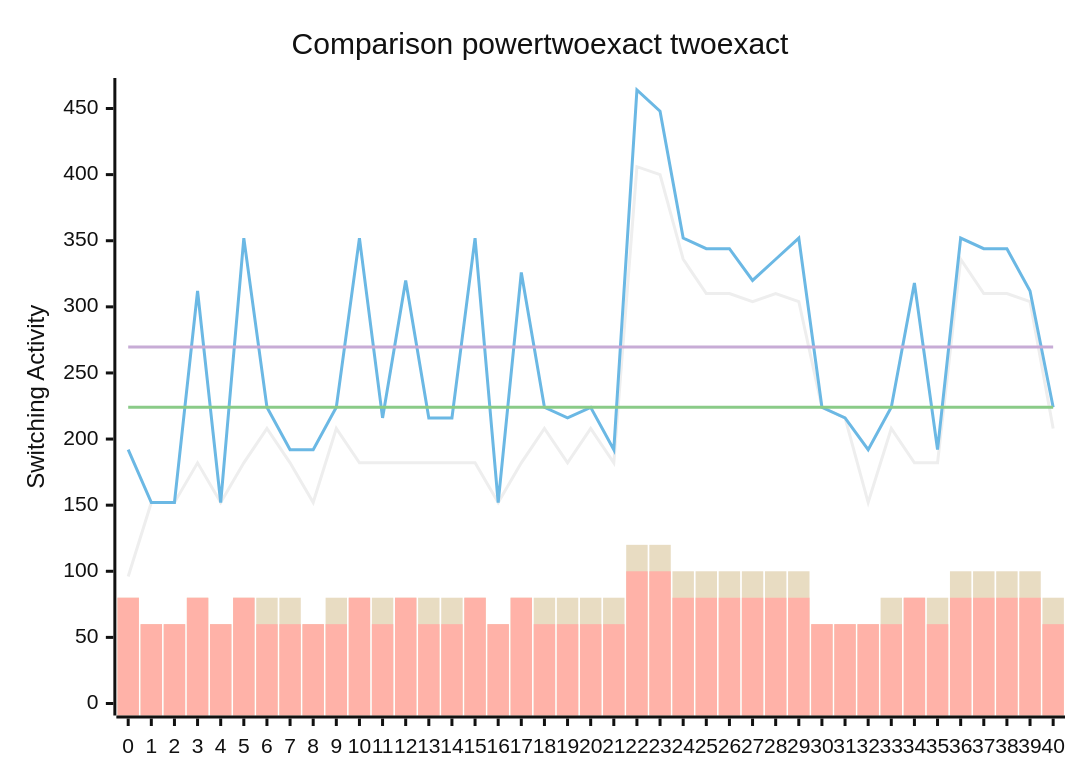
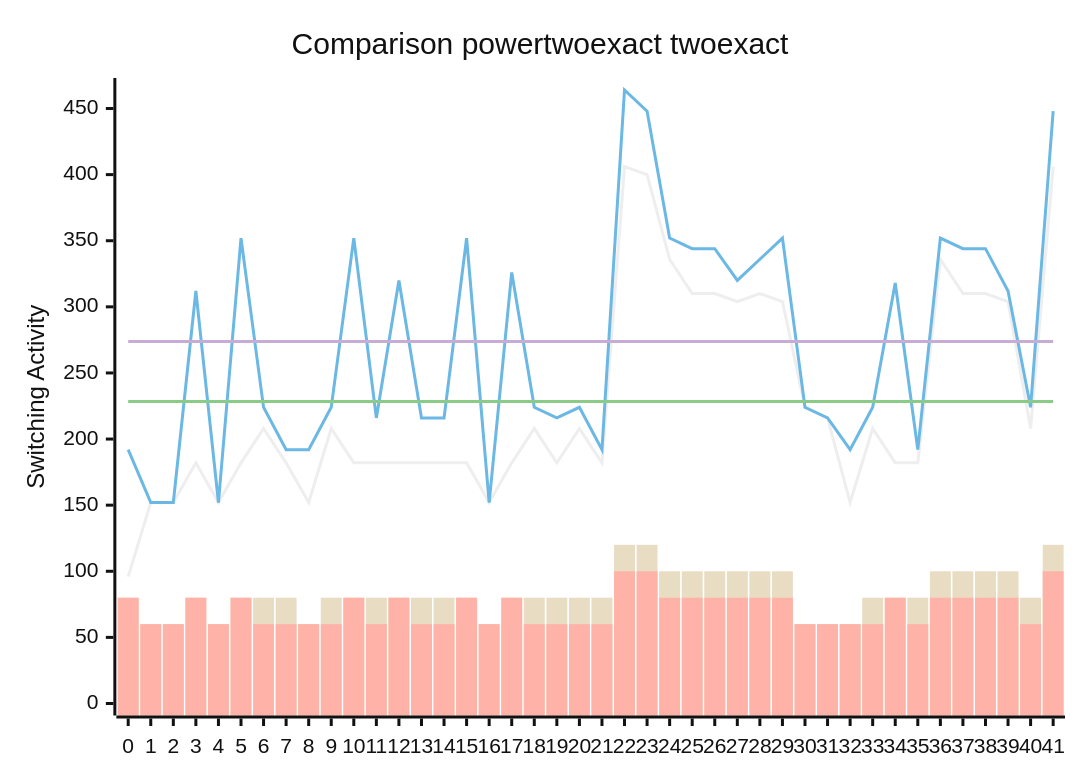
One commit to FeldmeierMichael/Exact-Power-Synthesis changed the diagram in benchmark.md. Above: the diagram before and after it, drawn with Mermaid (neutral theme). The commit also changed other lines of this file and 2 other files, not shown here.

````diff
--- a/benchmark.md
+++ b/benchmark.md
@@ -83,12 +85,12 @@
 ```mermaid
 xychart-beta
     title "Comparison powertwoexact twoexact"
-    x-axis [0, 1, 2, 3, 4, 5, 6, 7, 8, 9, 10, 11, 12, 13, 14, 15, 16, 17, 18, 19, 20, 21, 22, 23, 24, 25, 26, 27, 28, 29, 30, 31, 32, 33, 34, 35, 36, 37, 38, 39, 40]
+    x-axis [0, 1, 2, 3, 4, 5, 6, 7, 8, 9, 10, 11, 12, 13, 14, 15, 16, 17, 18, 19, 20, 21, 22, 23, 24, 25, 26, 27, 28, 29, 30, 31, 32, 33, 34, 35, 36, 37, 38, 39, 40, 41]
     y-axis "Switching Activity" 0-->464
-    line [96, 152, 152, 182, 152, 182, 208, 182, 152, 208, 182, 182, 182, 182, 182, 182, 152, 182, 208, 182, 208, 182, 406, 400, 336, 310, 310, 304, 310, 304, 224, 216, 152, 208, 182, 182, 336, 310, 310, 304, 208]
-    line [192, 152, 152, 312, 152, 352, 224, 192, 192, 224, 352, 216, 320, 216, 216, 352, 152, 326, 224, 216, 224, 192, 464, 448, 352, 344, 344, 320, 336, 352, 224, 216, 192, 224, 318, 192, 352, 344, 344, 312, 224]
-    line [224.0, 224.0, 224.0, 224.0, 224.0, 224.0, 224.0, 224.0, 224.0, 224.0, 224.0, 224.0, 224.0, 224.0, 224.0, 224.0, 224.0, 224.0, 224.0, 224.0, 224.0, 224.0, 224.0, 224.0, 224.0, 224.0, 224.0, 224.0, 224.0, 224.0, 224.0, 224.0, 224.0, 224.0, 224.0, 224.0, 224.0, 224.0, 224.0, 224.0, 224.0]
-    line [269.5609756097561, 269.5609756097561, 269.5609756097561, 269.5609756097561, 269.5609756097561, 269.5609756097561, 269.5609756097561, 269.5609756097561, 269.5609756097561, 269.5609756097561, 269.5609756097561, 269.5609756097561, 269.5609756097561, 269.5609756097561, 269.5609756097561, 269.5609756097561, 269.5609756097561, 269.5609756097561, 269.5609756097561, 269.5609756097561, 269.5609756097561, 269.5609756097561, 269.5609756097561, 269.5609756097561, 269.5609756097561, 269.5609756097561, 269.5609756097561, 269.5609756097561, 269.5609756097561, 269.5609756097561, 269.5609756097561, 269.5609756097561, 269.5609756097561, 269.5609756097561, 269.5609756097561, 269.5609756097561, 269.5609756097561, 269.5609756097561, 269.5609756097561, 269.5609756097561, 269.5609756097561]
-    bar [80, 60, 60, 80, 60, 80, 80, 80, 60, 80, 80, 80, 80, 80, 80, 80, 60, 80, 80, 80, 80, 80, 120, 120, 100, 100, 100, 100, 100, 100, 60, 60, 60, 80, 80, 80, 100, 100, 100, 100, 80]
-    bar [80, 60, 60, 80, 60, 80, 60, 60, 60, 60, 80, 60, 80, 60, 60, 80, 60, 80, 60, 60, 60, 60, 100, 100, 80, 80, 80, 80, 80, 80, 60, 60, 60, 60, 80, 60, 80, 80, 80, 80, 60]
+    line [96, 152, 152, 182, 152, 182, 208, 182, 152, 208, 182, 182, 182, 182, 182, 182, 152, 182, 208, 182, 208, 182, 406, 400, 336, 310, 310, 304, 310, 304, 224, 216, 152, 208, 182, 182, 336, 310, 310, 304, 208, 406]
+    line [192, 152, 152, 312, 152, 352, 224, 192, 192, 224, 352, 216, 320, 216, 216, 352, 152, 326, 224, 216, 224, 192, 464, 448, 352, 344, 344, 320, 336, 352, 224, 216, 192, 224, 318, 192, 352, 344, 344, 312, 224, 448]
+    line [228.33333333333334, 228.33333333333334, 228.33333333333334, 228.33333333333334, 228.33333333333334, 228.33333333333334, 228.33333333333334, 228.33333333333334, 228.33333333333334, 228.33333333333334, 228.33333333333334, 228.33333333333334, 228.33333333333334, 228.33333333333334, 228.33333333333334, 228.33333333333334, 228.33333333333334, 228.33333333333334, 228.33333333333334, 228.33333333333334, 228.33333333333334, 228.33333333333334, 228.33333333333334, 228.33333333333334, 228.33333333333334, 228.33333333333334, 228.33333333333334, 228.33333333333334, 228.33333333333334, 228.33333333333334, 228.33333333333334, 228.33333333333334, 228.33333333333334, 228.33333333333334, 228.33333333333334, 228.33333333333334, 228.33333333333334, 228.33333333333334, 228.33333333333334, 228.33333333333334, 228.33333333333334, 228.33333333333334]
+    line [273.8095238095238, 273.8095238095238, 273.8095238095238, 273.8095238095238, 273.8095238095238, 273.8095238095238, 273.8095238095238, 273.8095238095238, 273.8095238095238, 273.8095238095238, 273.8095238095238, 273.8095238095238, 273.8095238095238, 273.8095238095238, 273.8095238095238, 273.8095238095238, 273.8095238095238, 273.8095238095238, 273.8095238095238, 273.8095238095238, 273.8095238095238, 273.8095238095238, 273.8095238095238, 273.8095238095238, 273.8095238095238, 273.8095238095238, 273.8095238095238, 273.8095238095238, 273.8095238095238, 273.8095238095238, 273.8095238095238, 273.8095238095238, 273.8095238095238, 273.8095238095238, 273.8095238095238, 273.8095238095238, 273.8095238095238, 273.8095238095238, 273.8095238095238, 273.8095238095238, 273.8095238095238, 273.8095238095238]
+    bar [80, 60, 60, 80, 60, 80, 80, 80, 60, 80, 80, 80, 80, 80, 80, 80, 60, 80, 80, 80, 80, 80, 120, 120, 100, 100, 100, 100, 100, 100, 60, 60, 60, 80, 80, 80, 100, 100, 100, 100, 80, 120]
+    bar [80, 60, 60, 80, 60, 80, 60, 60, 60, 60, 80, 60, 80, 60, 60, 80, 60, 80, 60, 60, 60, 60, 100, 100, 80, 80, 80, 80, 80, 80, 60, 60, 60, 60, 80, 60, 80, 80, 80, 80, 60, 100]
 ```
````
